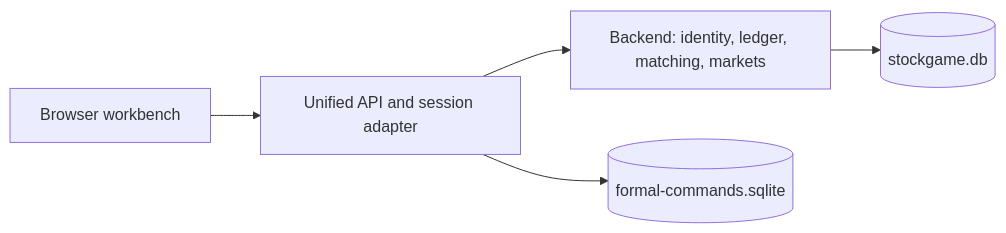
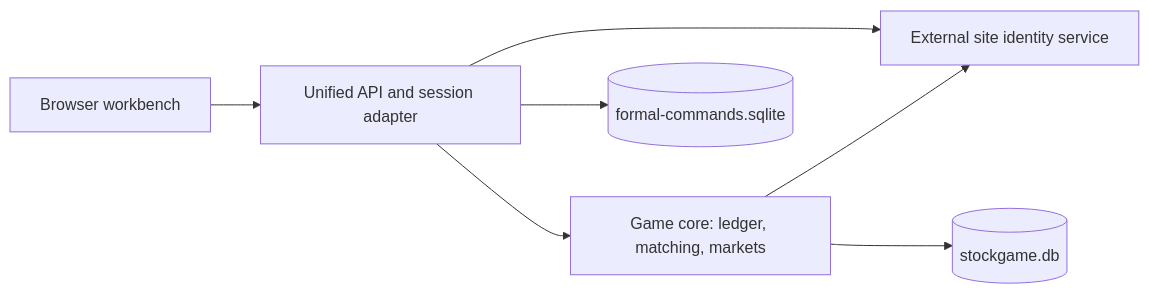
The diagram in README.md (bobbychina32747/StockGameOnlinePro), drawn with Mermaid before and after one commit. The commit also changed other lines of this file and 174 other files, not shown here.

````diff
--- a/README.md
+++ b/README.md
@@ -154,7 +156,9 @@
 ```mermaid
 flowchart LR
     Player[Browser workbench] --> Adapter[Unified API and session adapter]
-    Adapter --> Core[Backend: identity, ledger, matching, markets]
+    Adapter --> Core[Game core: ledger, matching, markets]
+    Adapter --> Identity[External site identity service]
+    Core --> Identity
     Core --> Ledger[(stockgame.db)]
     Adapter --> Commands[(formal-commands.sqlite)]
 ```
````
